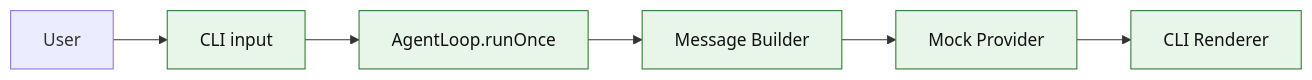
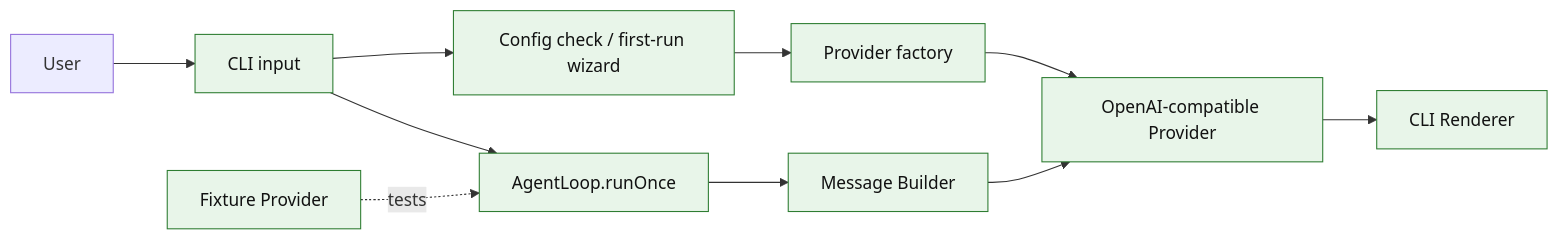
Before and after one commit to 1330482928/kai-code-agent: the diagram in code-agent-roadmap/architecture/diagrams/stage-01.md, drawn with Mermaid. The commit also changed 40 other files, not shown here.

Commit message:
feat(cli): add first-run setup, TUI workflow, and OpenAI streaming provider

````diff
--- a/code-agent-roadmap/architecture/diagrams/stage-01.md
+++ b/code-agent-roadmap/architecture/diagrams/stage-01.md
@@ -3,12 +3,16 @@
 ```mermaid
 flowchart LR
   U["User"] --> C["CLI input"]
+  C --> CFG["Config check / first-run wizard"]
+  CFG --> F["Provider factory"]
   C --> L["AgentLoop.runOnce"]
   L --> M["Message Builder"]
-  M --> P["Mock Provider"]
+  M --> P["OpenAI-compatible Provider"]
+  F --> P
   P --> R["CLI Renderer"]
+  FX["Fixture Provider"] -. tests .-> L
 
   classDef new fill:#e8f5e9,stroke:#2e7d32,color:#111;
   classDef future fill:#f3f4f6,stroke:#9ca3af,color:#374151;
-  class C,L,M,P,R new;
+  class C,CFG,F,L,M,P,R,FX new;
 ```
````
